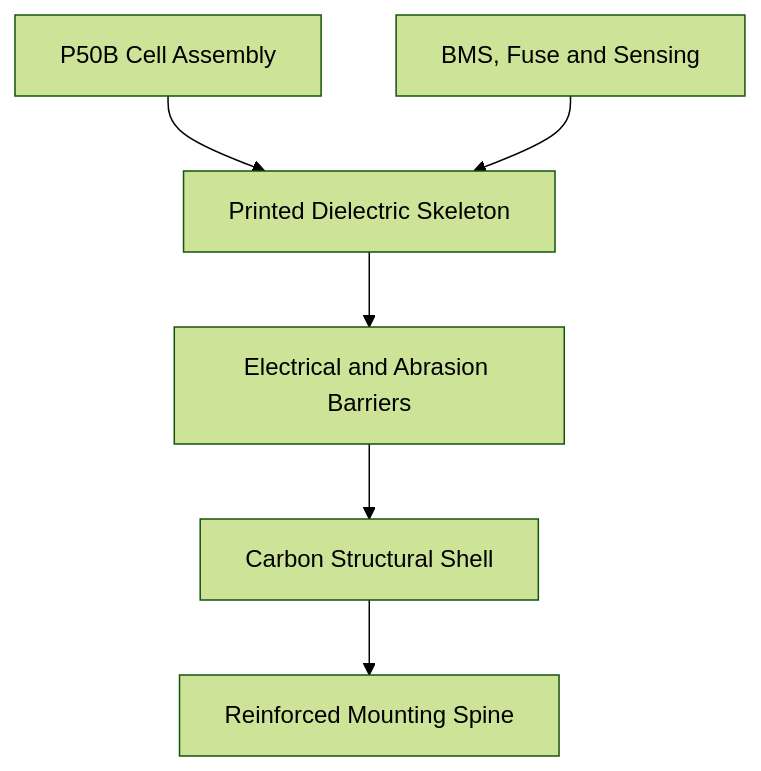
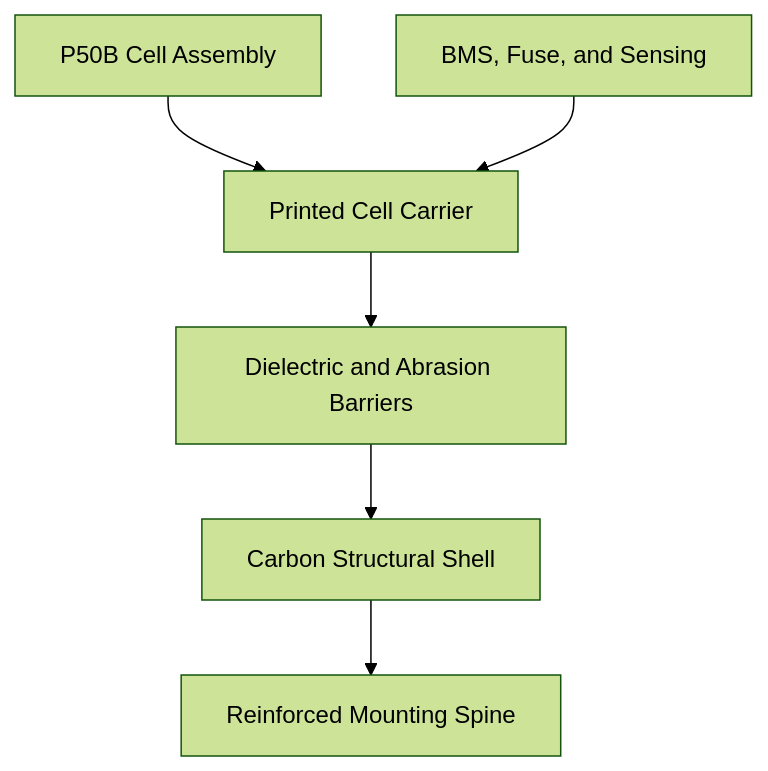
One commit to tspreck/ferrous-drive changed the second of 5 diagrams in docs/battery_design.md. Above: the diagram before and after it, drawn with Mermaid (forest theme). The commit also changed other lines of this file and 2 other files, not shown here.

````diff
--- a/docs/battery_design.md
+++ b/docs/battery_design.md
@@ -592,15 +371,15 @@
 ```mermaid
 flowchart TB
-    Cells["P50B Cell Assembly"]
-    Skeleton["Printed Dielectric Skeleton"]
-    Barriers["Electrical and Abrasion Barriers"]
-    Electronics["BMS, Fuse and Sensing"]
-    Shell["Carbon Structural Shell"]
-    Mount["Reinforced Mounting Spine"]
+    Cells[P50B Cell Assembly]
+    Carrier[Printed Cell Carrier]
+    Insulation[Dielectric and Abrasion Barriers]
+    Electronics[BMS, Fuse, and Sensing]
+    Shell[Carbon Structural Shell]
+    Spine[Reinforced Mounting Spine]
 
-    Cells --> Skeleton
-    Electronics --> Skeleton
-    Skeleton --> Barriers
-    Barriers --> Shell
-    Shell --> Mount
+    Cells --> Carrier
+    Electronics --> Carrier
+    Carrier --> Insulation
+    Insulation --> Shell
+    Shell --> Spine
 ```
````
